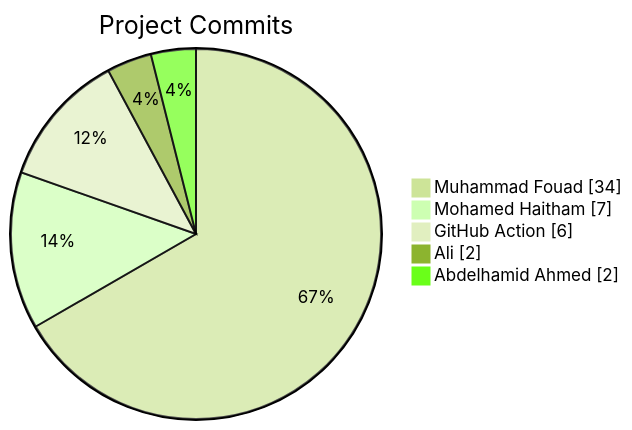
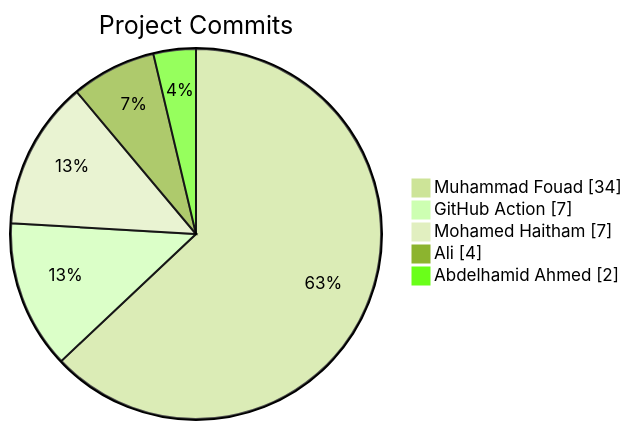
One commit to Abdelhamid-El-rashidy/Library_System changed the diagram in README.md. Above: the diagram before and after it, drawn with Mermaid (forest theme).

Commit message:
docs: update contributor stats [skip ci]

````diff
--- a/README.md
+++ b/README.md
@@ -11,9 +11,9 @@
 ```mermaid
 pie showData
     title Project Commits
     "Muhammad Fouad" : 34
+    "GitHub Action" : 7
     "Mohamed Haitham" : 7
-    "GitHub Action" : 6
-    "Ali" : 2
+    "Ali" : 4
     "Abdelhamid Ahmed" : 2
 ```
````
